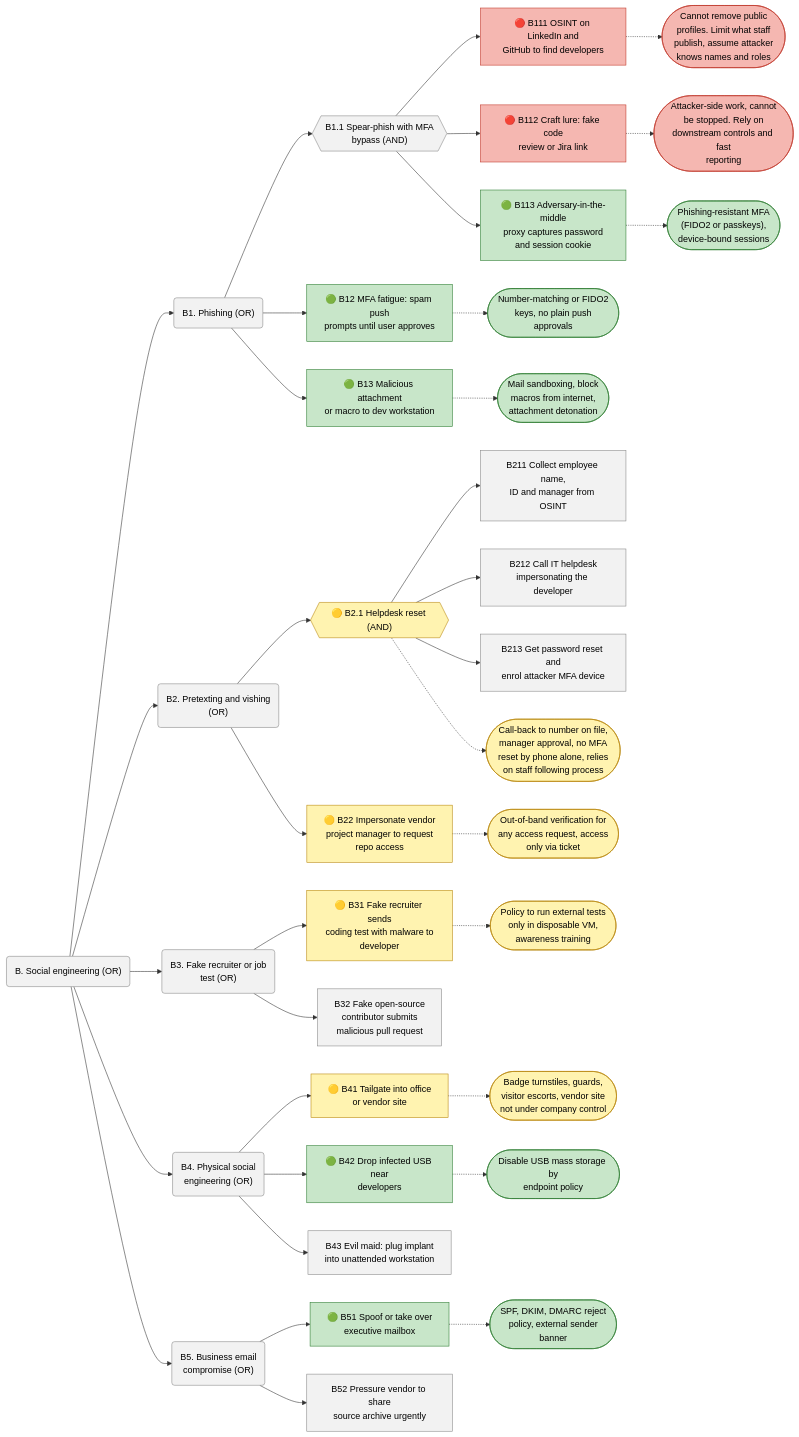
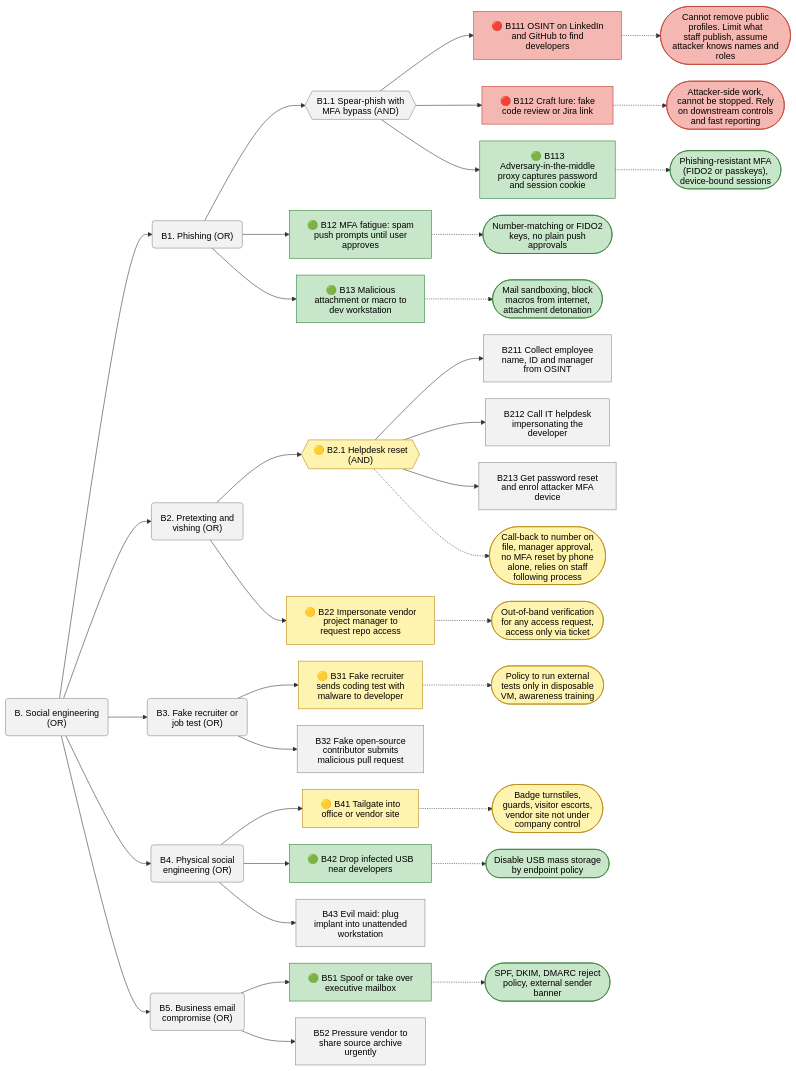
The eighth of 9 diagrams in cybersecurity-architecture/lesson-02.md (amandewatnitrr/hacking-tutorial), drawn with Mermaid before and after one commit. The commit also changed other lines of this file, not shown here.

Commit message:
Cybersecurity Architecture -> Threat Modelling -> Attack Tree

````diff
--- a/cybersecurity-architecture/lesson-02.md
+++ b/cybersecurity-architecture/lesson-02.md
@@ -484,52 +488,53 @@
 ```mermaid
+%%{init: {"htmlLabels": false, "flowchart": {"htmlLabels": false, "padding": 16, "nodeSpacing": 30, "rankSpacing": 70}}}%%
 graph LR
-    B("B. Social engineering (OR)")
+    B("B. Social engineering<br/>(OR)")
     B --> B1("B1. Phishing (OR)")
-    B --> B2("B2. Pretexting and vishing<br/>(OR)")
-    B --> B3("B3. Fake recruiter or job<br/>test (OR)")
+    B --> B2("B2. Pretexting and<br/>vishing (OR)")
+    B --> B3("B3. Fake recruiter or<br/>job test (OR)")
     B --> B4("B4. Physical social<br/>engineering (OR)")
     B --> B5("B5. Business email<br/>compromise (OR)")
 
-    B1 --> B11{{"B1.1 Spear-phish with MFA<br/>bypass (AND)"}}
-    B11 --> B111["🔴 B111 OSINT on LinkedIn and<br/>GitHub to find developers"]
-    B111 -.-> MB111(["Cannot remove public<br/>profiles. Limit what staff<br/>publish, assume attacker<br/>knows names and roles"])
-    B11 --> B112["🔴 B112 Craft lure: fake code<br/>review or Jira link"]
-    B112 -.-> MB112(["Attacker-side work, cannot<br/>be stopped. Rely on<br/>downstream controls and fast<br/>reporting"])
-    B11 --> B113["🟢 B113 Adversary-in-the-middle<br/>proxy captures password<br/>and session cookie"]
-    B113 -.-> MB113(["Phishing-resistant MFA<br/>(FIDO2 or passkeys), <br/>device-bound sessions"])
-    B1 --> B12["🟢 B12 MFA fatigue: spam push<br/>prompts until user approves"]
+    B1 --> B11{{"B1.1 Spear-phish with<br/>MFA bypass (AND)"}}
+    B11 --> B111["🔴 B111 OSINT on LinkedIn<br/>and GitHub to find<br/>developers"]
+    B111 -.-> MB111(["Cannot remove public<br/>profiles. Limit what<br/>staff publish, assume<br/>attacker knows names and<br/>roles"])
+    B11 --> B112["🔴 B112 Craft lure: fake<br/>code review or Jira link"]
+    B112 -.-> MB112(["Attacker-side work,<br/>cannot be stopped. Rely<br/>on downstream controls<br/>and fast reporting"])
+    B11 --> B113["🟢 B113<br/>Adversary-in-the-middle<br/>proxy captures password<br/>and session cookie"]
+    B113 -.-> MB113(["Phishing-resistant MFA<br/>(FIDO2 or passkeys),<br/>device-bound sessions"])
+    B1 --> B12["🟢 B12 MFA fatigue: spam<br/>push prompts until user<br/>approves"]
     B12 -.-> MB12(["Number-matching or FIDO2<br/>keys, no plain push<br/>approvals"])
-    B1 --> B13["🟢 B13 Malicious attachment<br/>or macro to dev workstation"]
+    B1 --> B13["🟢 B13 Malicious<br/>attachment or macro to<br/>dev workstation"]
     B13 -.-> MB13(["Mail sandboxing, block<br/>macros from internet,<br/>attachment detonation"])
 
-    B2 --> B21{{"🟡 B2.1 Helpdesk reset (AND)"}}
-    B21 --> B211["B211 Collect employee name,<br/>ID and manager from OSINT"]
-    B21 --> B212["B212 Call IT helpdesk<br/>impersonating the developer"]
-    B21 --> B213["B213 Get password reset and<br/>enrol attacker MFA device"]
-    B21 -.-> MB21(["Call-back to number on file,<br/>manager approval, no MFA<br/>reset by phone alone, relies<br/>on staff following process"])
-    B2 --> B22["🟡 B22 Impersonate vendor<br/>project manager to request<br/>repo access"]
-    B22 -.-> MB22(["Out-of-band verification for<br/>any access request, access<br/>only via ticket"])
+    B2 --> B21{{"🟡 B2.1 Helpdesk reset<br/>(AND)"}}
+    B21 --> B211["B211 Collect employee<br/>name, ID and manager<br/>from OSINT"]
+    B21 --> B212["B212 Call IT helpdesk<br/>impersonating the<br/>developer"]
+    B21 --> B213["B213 Get password reset<br/>and enrol attacker MFA<br/>device"]
+    B21 -.-> MB21(["Call-back to number on<br/>file, manager approval,<br/>no MFA reset by phone<br/>alone, relies on staff<br/>following process"])
+    B2 --> B22["🟡 B22 Impersonate vendor<br/>project manager to<br/>request repo access"]
+    B22 -.-> MB22(["Out-of-band verification<br/>for any access request,<br/>access only via ticket"])
 
-    B3 --> B31["🟡 B31 Fake recruiter sends<br/>coding test with malware to<br/>developer"]
-    B31 -.-> MB31(["Policy to run external tests<br/>only in disposable VM,<br/>awareness training"])
+    B3 --> B31["🟡 B31 Fake recruiter<br/>sends coding test with<br/>malware to developer"]
+    B31 -.-> MB31(["Policy to run external<br/>tests only in disposable<br/>VM, awareness training"])
     B3 --> B32["B32 Fake open-source<br/>contributor submits<br/>malicious pull request"]
 
-    B4 --> B41["🟡 B41 Tailgate into office<br/>or vendor site"]
-    B41 -.-> MB41(["Badge turnstiles, guards,<br/>visitor escorts, vendor site<br/>not under company control"])
-    B4 --> B42["🟢 B42 Drop infected USB near<br/>developers"]
-    B42 -.-> MB42(["Disable USB mass storage by<br/>endpoint policy"])
-    B4 --> B43["B43 Evil maid: plug implant<br/>into unattended workstation"]
+    B4 --> B41["🟡 B41 Tailgate into<br/>office or vendor site"]
+    B41 -.-> MB41(["Badge turnstiles,<br/>guards, visitor escorts,<br/>vendor site not under<br/>company control"])
+    B4 --> B42["🟢 B42 Drop infected USB<br/>near developers"]
+    B42 -.-> MB42(["Disable USB mass storage<br/>by endpoint policy"])
+    B4 --> B43["B43 Evil maid: plug<br/>implant into unattended<br/>workstation"]
 
     B5 --> B51["🟢 B51 Spoof or take over<br/>executive mailbox"]
     B51 -.-> MB51(["SPF, DKIM, DMARC reject<br/>policy, external sender<br/>banner"])
-    B5 --> B52["B52 Pressure vendor to share<br/>source archive urgently"]
+    B5 --> B52["B52 Pressure vendor to<br/>share source archive<br/>urgently"]
 
     classDef plain fill:#f2f2f2,stroke:#888,color:#000;
     classDef green fill:#c8e6c9,stroke:#2e7d32,color:#000;
     classDef yellow fill:#fff3b0,stroke:#b8860b,color:#000;
     classDef red fill:#f5b7b1,stroke:#c0392b,color:#000;
     class B,B1,B2,B3,B4,B5,B11,B211,B212,B213,B32,B43,B52 plain;
     class B113,MB113,B12,MB12,B13,MB13,B42,MB42,B51,MB51 green;
     class B21,MB21,B22,MB22,B31,MB31,B41,MB41 yellow;
     class B111,MB111,B112,MB112 red;
 ```
````
